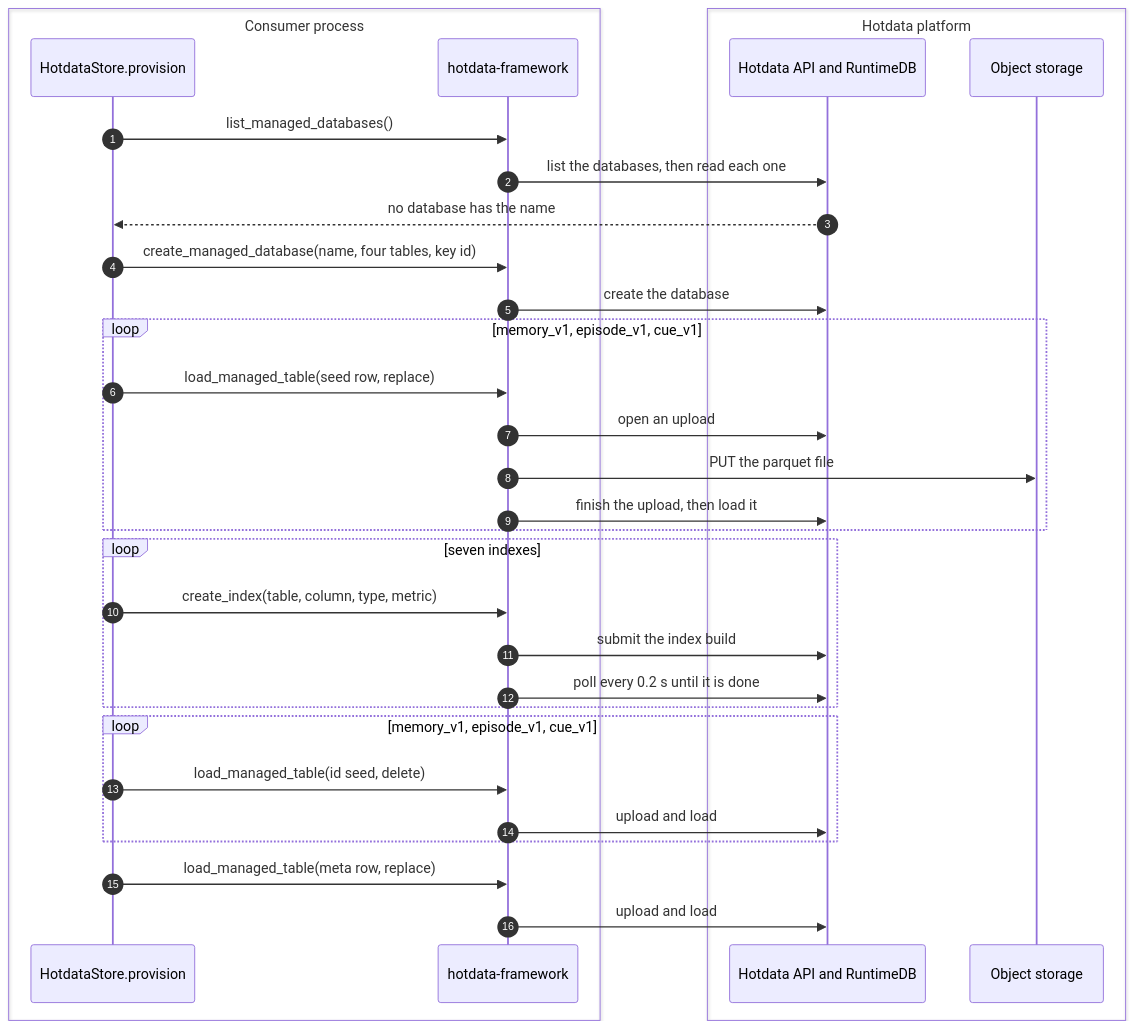
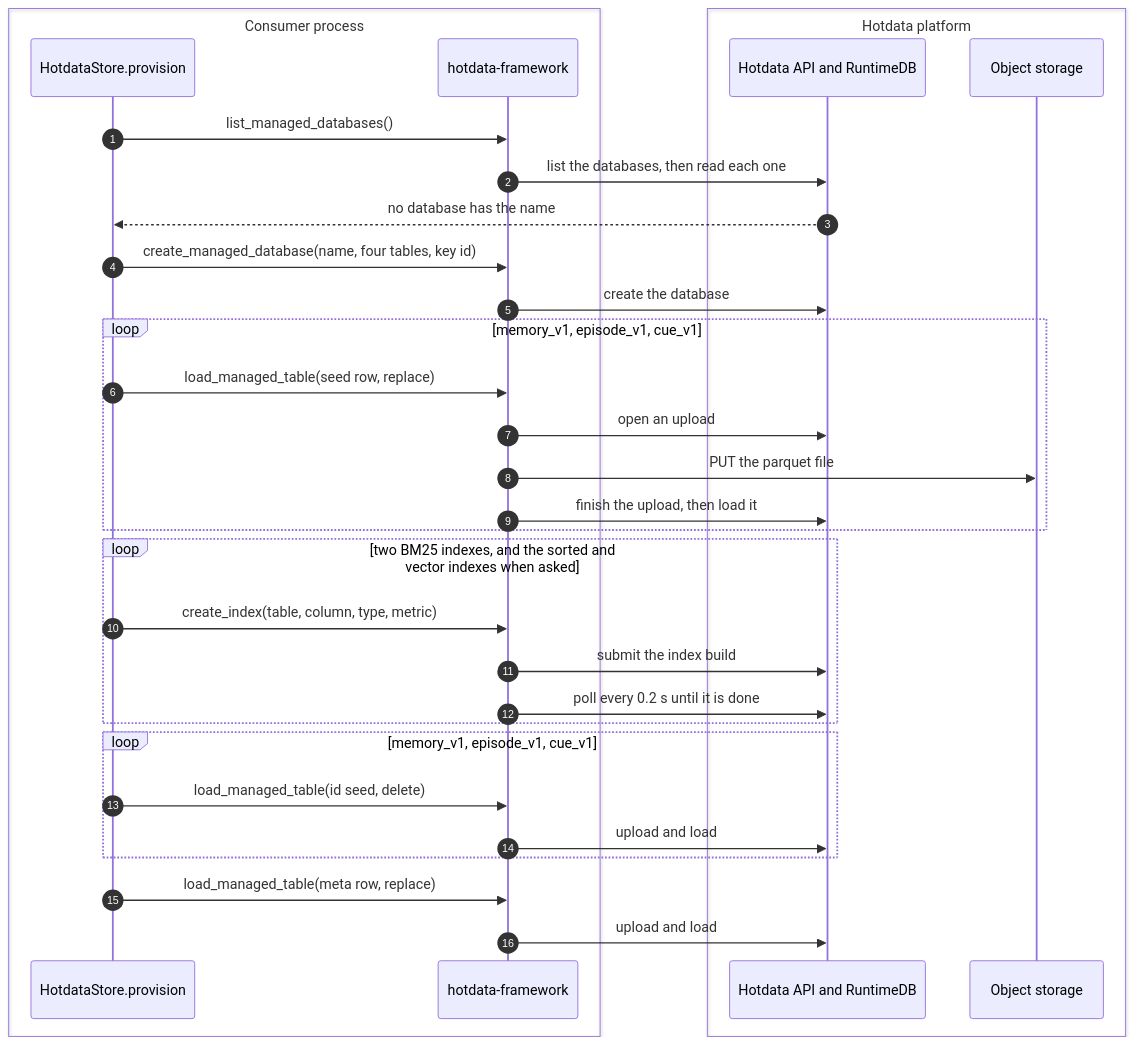
One commit to hotdata-dev/hotmemory changed the fourth of 12 diagrams in docs/internal/architecture.md. Above: the diagram before and after it, drawn with Mermaid. The commit also changed other lines of this file and 24 other files, not shown here.

````diff
--- a/docs/internal/architecture.md
+++ b/docs/internal/architecture.md
@@ -180,34 +180,34 @@
 ```mermaid
 sequenceDiagram
     autonumber
     box Consumer process
         participant P as HotdataStore.provision
         participant F as hotdata-framework
     end
     box Hotdata platform
         participant API as Hotdata API and RuntimeDB
         participant S as Object storage
     end
     P->>F: list_managed_databases()
     F->>API: list the databases, then read each one
     API-->>P: no database has the name
     P->>F: create_managed_database(name, four tables, key id)
     F->>API: create the database
     loop memory_v1, episode_v1, cue_v1
         P->>F: load_managed_table(seed row, replace)
         F->>API: open an upload
         F->>S: PUT the parquet file
         F->>API: finish the upload, then load it
     end
-    loop seven indexes
+    loop two BM25 indexes, and the sorted and vector indexes when asked
         P->>F: create_index(table, column, type, metric)
         F->>API: submit the index build
         F->>API: poll every 0.2 s until it is done
     end
     loop memory_v1, episode_v1, cue_v1
         P->>F: load_managed_table(id seed, delete)
         F->>API: upload and load
     end
     P->>F: load_managed_table(meta row, replace)
     F->>API: upload and load
 ```
````
